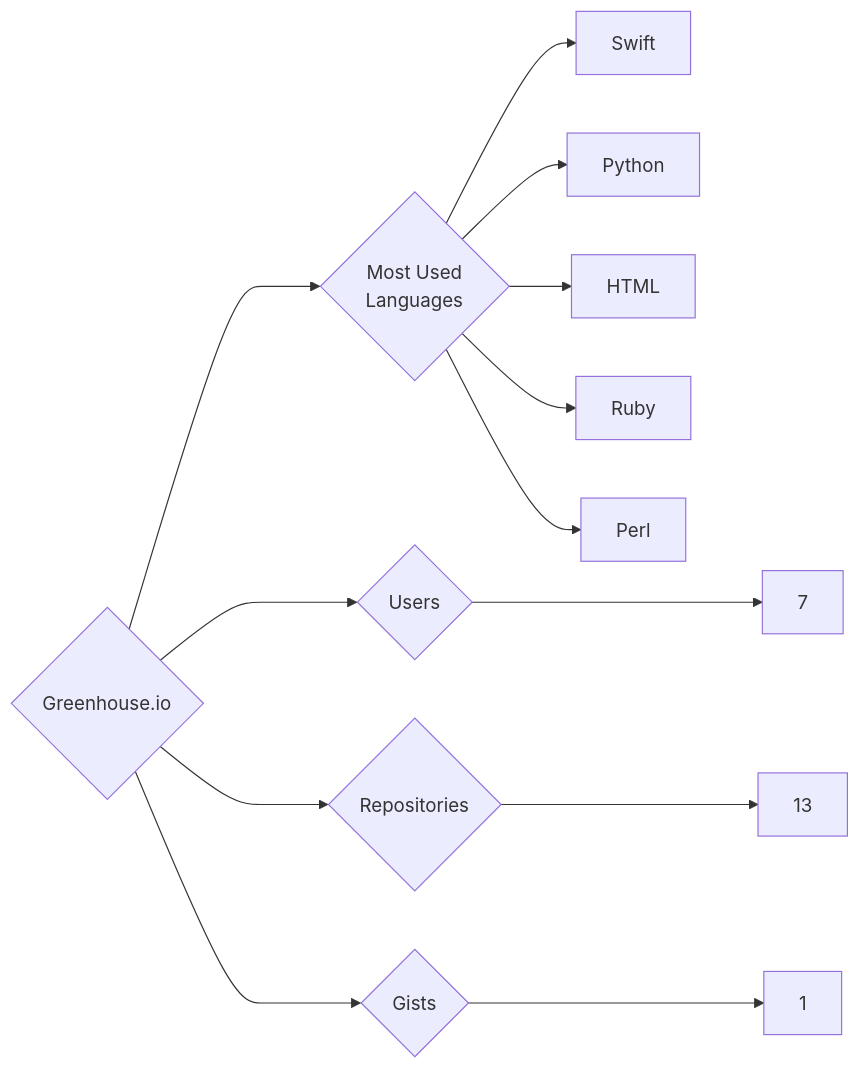
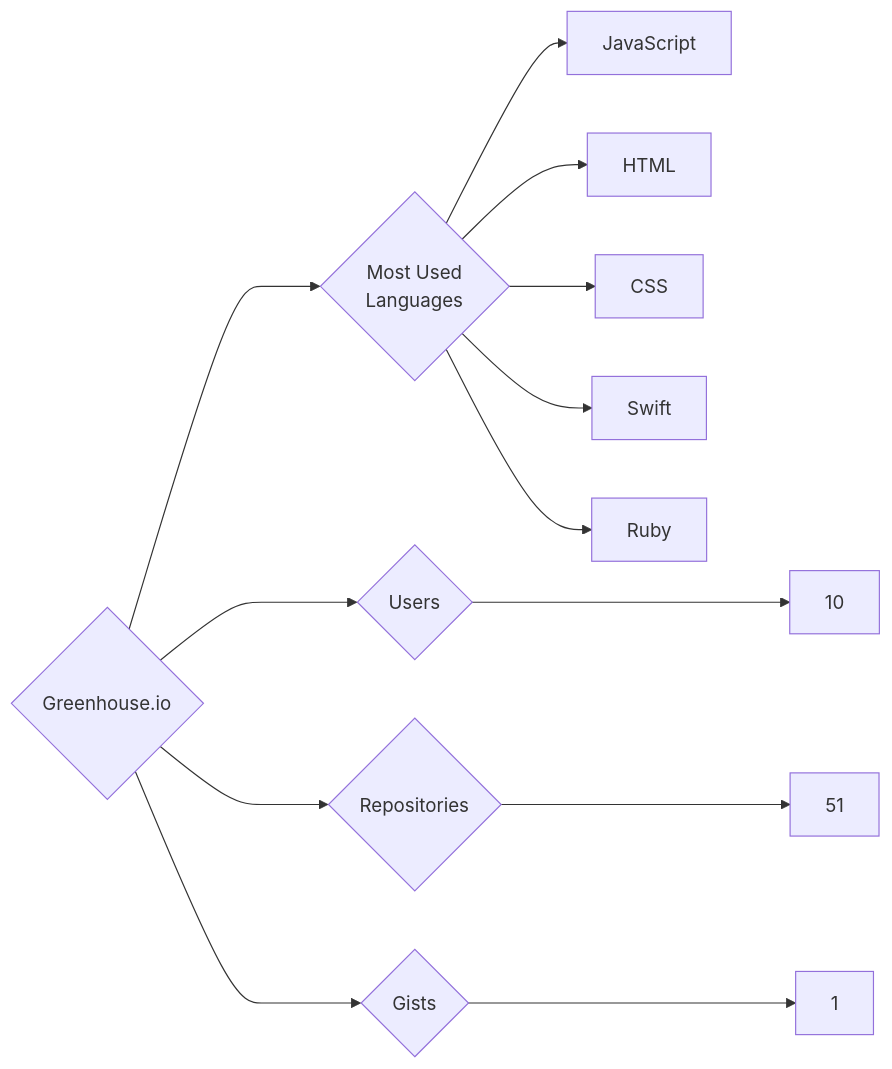
Before and after one commit to trickest/insiders: the diagram in targets/Greenhouse.io/README.md, drawn with Mermaid. The commit also changed 1141 other files, not shown here.

````diff
--- a/targets/Greenhouse.io/README.md
+++ b/targets/Greenhouse.io/README.md
@@ -3,13 +3,13 @@
 ```mermaid
 graph LR
 COMPANY_NAME{Greenhouse.io}
-COMPANY_NAME ---> U{Users} ---> UN[7]
-COMPANY_NAME ---> R{Repositories} ---> RN[13]
+COMPANY_NAME ---> U{Users} ---> UN[10]
+COMPANY_NAME ---> R{Repositories} ---> RN[51]
 COMPANY_NAME ---> G{Gists} ---> GN[1]
 COMPANY_NAME ---> ML{Most Used<br>Languages}
+ML --> JavaScript[JavaScript]
+ML --> HTML[HTML]
+ML --> CSS[CSS]
 ML --> Swift[Swift]
-ML --> Python[Python]
-ML --> HTML[HTML]
 ML --> Ruby[Ruby]
-ML --> Perl[Perl]
 ```
````
